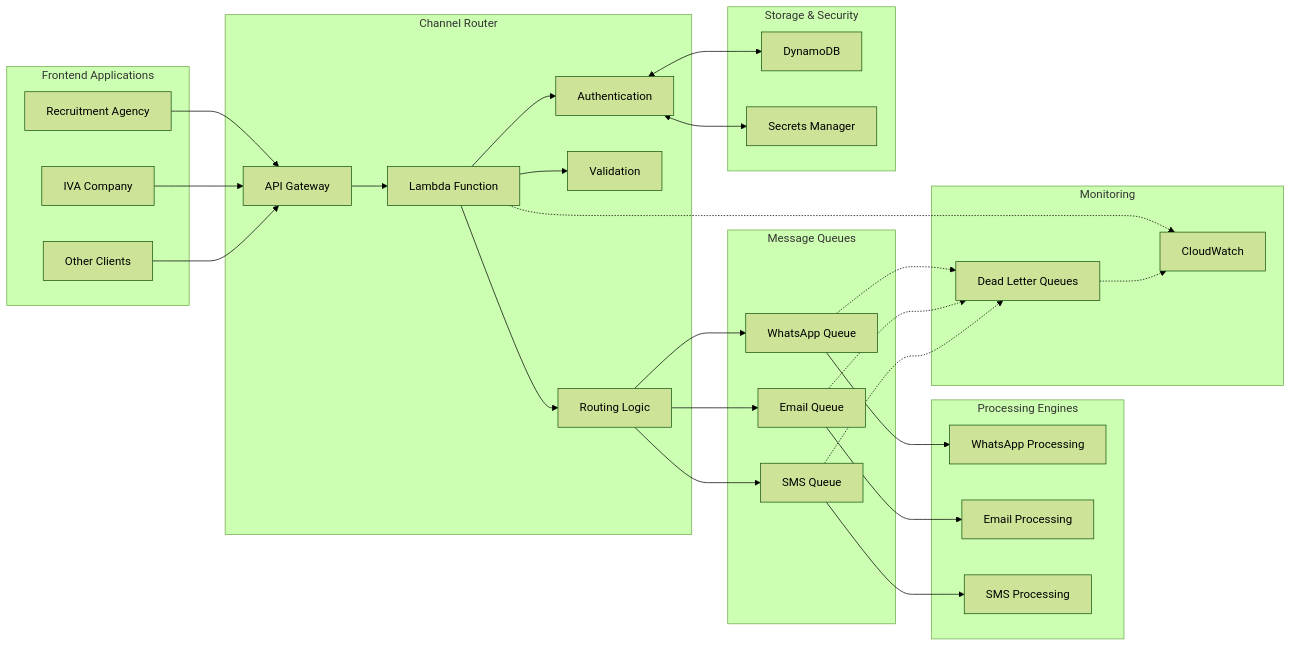
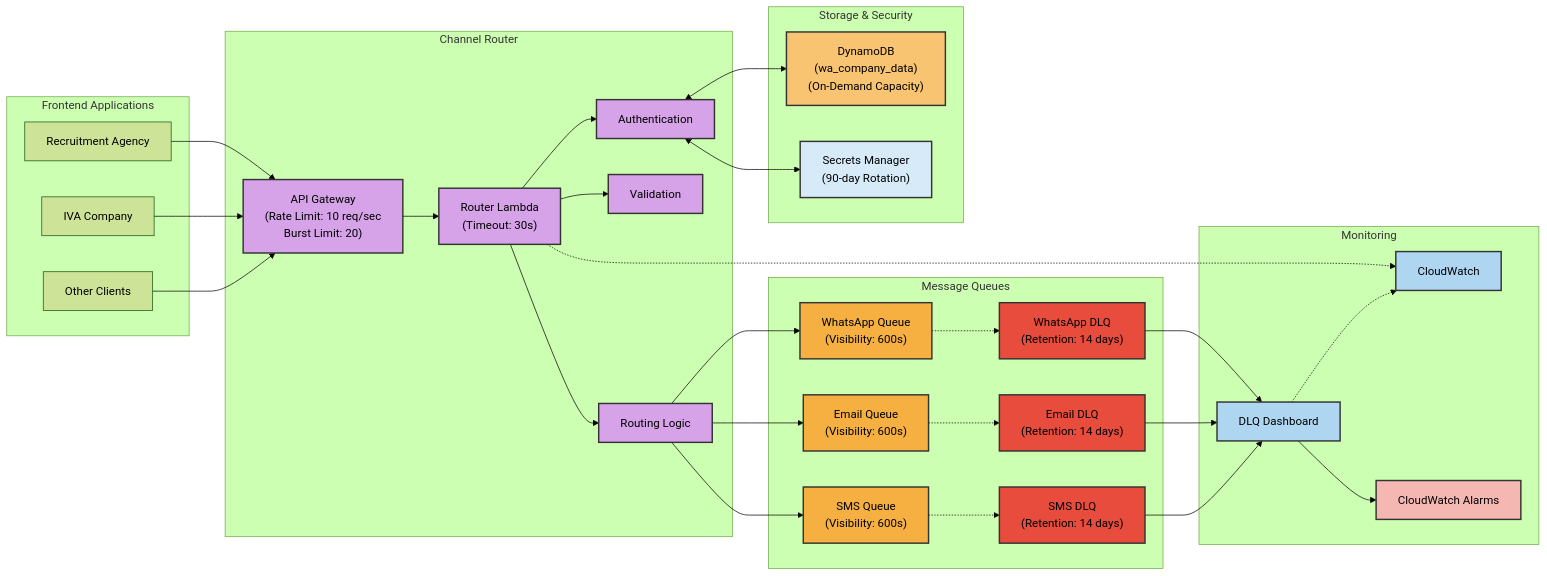
Before and after one commit to junksamiad/template-sender-engine: the first of 7 diagrams in lld/channel-router/channel-router-diagrams-v1.0.md, drawn with Mermaid (forest theme). The commit also changed other lines of this file, not shown here.

Commit message:
Updated channel-router-diagrams-v1.0.md to align with channel router documentation

````diff
--- a/lld/channel-router/channel-router-diagrams-v1.0.md
+++ b/lld/channel-router/channel-router-diagrams-v1.0.md
@@ -11,33 +11,32 @@
     end
 
     subgraph "Channel Router"
-        API["API Gateway"]
-        LF["Lambda Function"]
+        API["API Gateway<br/>(Rate Limit: 10 req/sec<br/>Burst Limit: 20)"]
+        LF["Router Lambda<br/>(Timeout: 30s)"]
         AUTH["Authentication"]
         VAL["Validation"]
         ROUTE["Routing Logic"]
     end
 
     subgraph "Message Queues"
-        WQ["WhatsApp Queue"]
-        EQ["Email Queue"]
-        SQ["SMS Queue"]
-    end
-
-    subgraph "Processing Engines"
-        WPE["WhatsApp Processing"]
-        EPE["Email Processing"]
-        SPE["SMS Processing"]
+        WQ["WhatsApp Queue<br/>(Visibility: 600s)"]
+        EQ["Email Queue<br/>(Visibility: 600s)"]
+        SQ["SMS Queue<br/>(Visibility: 600s)"]
+        
+        WDLQ["WhatsApp DLQ<br/>(Retention: 14 days)"]
+        EDLQ["Email DLQ<br/>(Retention: 14 days)"]
+        SDLQ["SMS DLQ<br/>(Retention: 14 days)"]
     end
 
     subgraph "Storage & Security"
-        DDB["DynamoDB"]
-        SM["Secrets Manager"]
+        DDB["DynamoDB<br/>(wa_company_data)<br/>(On-Demand Capacity)"]
+        SM["Secrets Manager<br/>(90-day Rotation)"]
     end
 
     subgraph "Monitoring"
         CW["CloudWatch"]
-        DLQ["Dead Letter Queues"]
+        DLQ_DASH["DLQ Dashboard"]
+        ALARMS["CloudWatch Alarms"]
     end
 
     FA1 --> API
@@ -56,14 +55,33 @@
     ROUTE --> EQ
     ROUTE --> SQ
     
-    WQ --> WPE
-    EQ --> EPE
-    SQ --> SPE
+    WQ -.-> WDLQ
+    EQ -.-> EDLQ
+    SQ -.-> SDLQ
     
-    WQ -.-> DLQ
-    EQ -.-> DLQ
-    SQ -.-> DLQ
+    WDLQ --> DLQ_DASH
+    EDLQ --> DLQ_DASH
+    SDLQ --> DLQ_DASH
+    
+    DLQ_DASH --> ALARMS
     
     LF -.-> CW
-    DLQ -.-> CW
+    DLQ_DASH -.-> CW
+    
+    style API fill:#D6A2E8,stroke:#333,stroke-width:2px
+    style LF fill:#D6A2E8,stroke:#333,stroke-width:2px
+    style AUTH fill:#D6A2E8,stroke:#333,stroke-width:2px
+    style VAL fill:#D6A2E8,stroke:#333,stroke-width:2px
+    style ROUTE fill:#D6A2E8,stroke:#333,stroke-width:2px
+    style WQ fill:#F5B041,stroke:#333,stroke-width:2px
+    style EQ fill:#F5B041,stroke:#333,stroke-width:2px
+    style SQ fill:#F5B041,stroke:#333,stroke-width:2px
+    style WDLQ fill:#E74C3C,stroke:#333,stroke-width:2px
+    style EDLQ fill:#E74C3C,stroke:#333,stroke-width:2px
+    style SDLQ fill:#E74C3C,stroke:#333,stroke-width:2px
+    style DDB fill:#F8C471,stroke:#333,stroke-width:2px
+    style SM fill:#D6EAF8,stroke:#333,stroke-width:2px
+    style CW fill:#AED6F1,stroke:#333,stroke-width:2px
+    style DLQ_DASH fill:#AED6F1,stroke:#333,stroke-width:2px
+    style ALARMS fill:#F5B7B1,stroke:#333,stroke-width:2px
 ```
````
